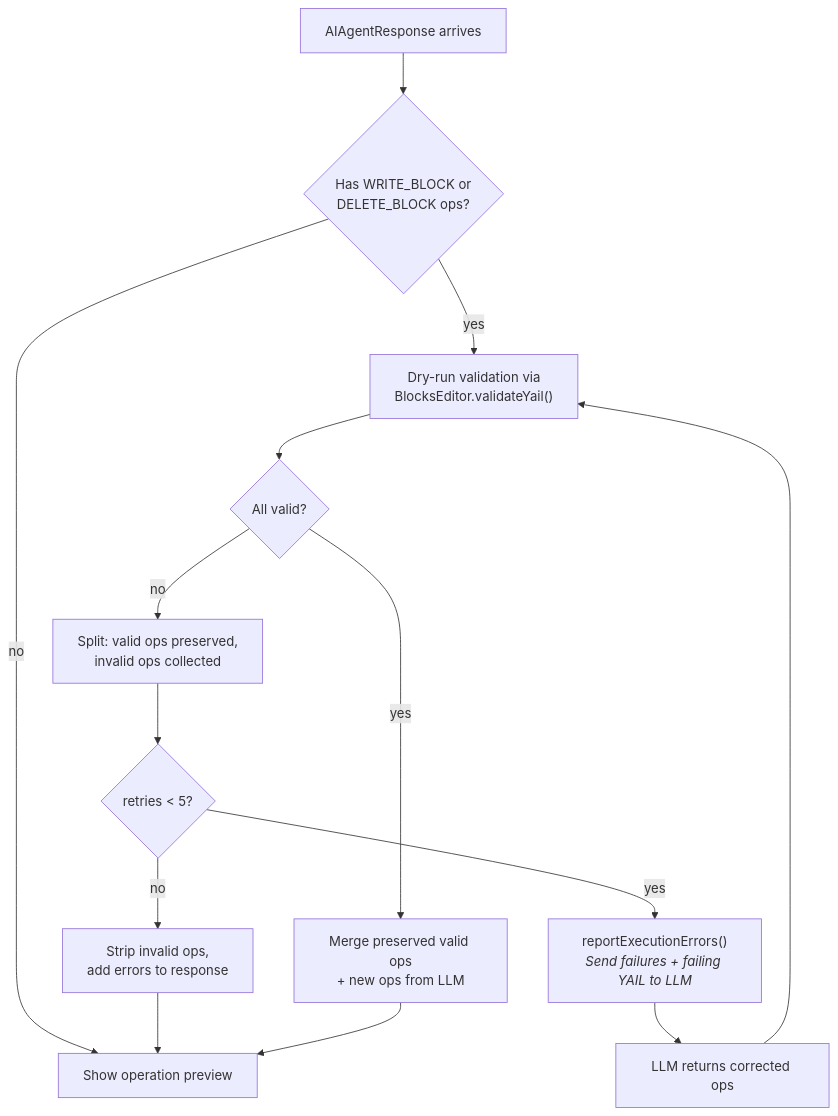
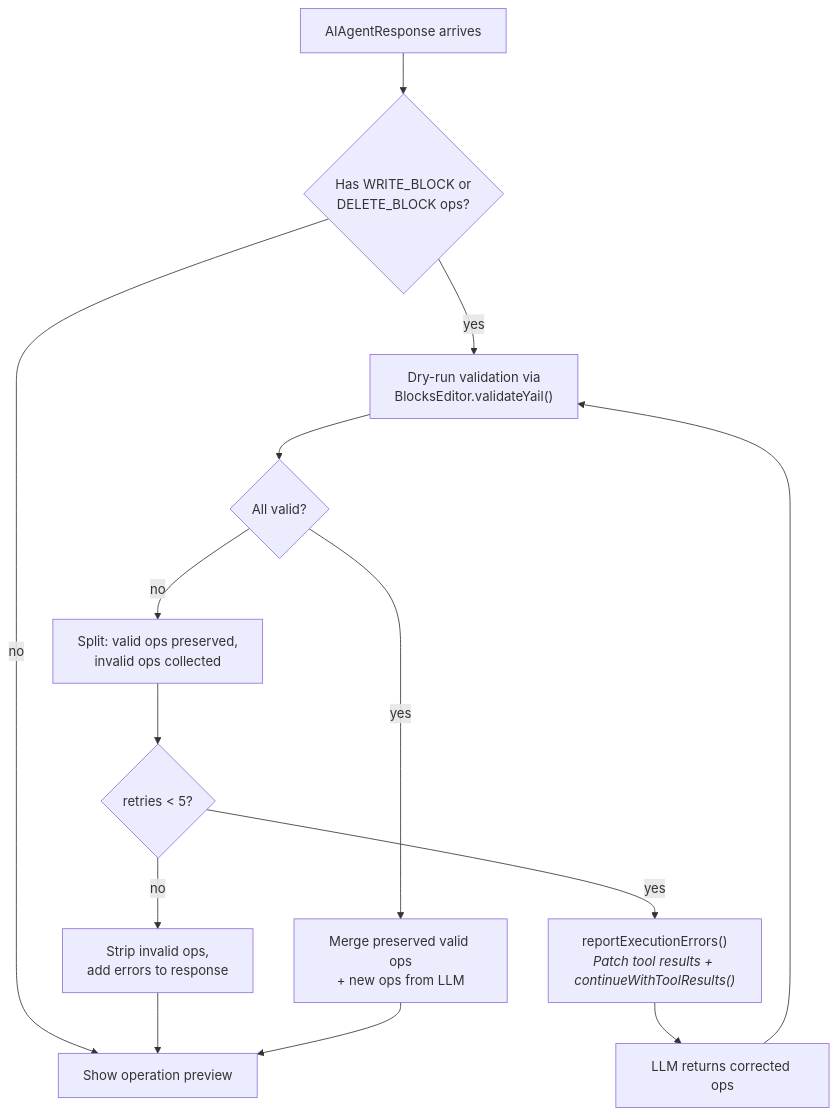
The sixth of 13 diagrams in CONTRIBUTING_AI.md (mit-cml/appinventor-sources), drawn with Mermaid before and after one commit. The commit also changed other lines of this file and 13 other files, not shown here.

````diff
--- a/CONTRIBUTING_AI.md
+++ b/CONTRIBUTING_AI.md
@@ -409,25 +409,25 @@
 ```mermaid
 flowchart TD
     Resp["AIAgentResponse arrives"]
     HasBlocks{"Has WRITE_BLOCK or<br/>DELETE_BLOCK ops?"}
     Validate["Dry-run validation via<br/>BlocksEditor.validateYail()"]
     AllValid{"All valid?"}
     Show["Show operation preview"]
     Split["Split: valid ops preserved,<br/>invalid ops collected"]
     Retry{"retries < 5?"}
-    Report["reportExecutionErrors()<br/><i>Send failures + failing YAIL to LLM</i>"]
+    Report["reportExecutionErrors()<br/><i>Patch tool results + continueWithToolResults()</i>"]
     NewResp["LLM returns corrected ops"]
     Merge["Merge preserved valid ops<br/>+ new ops from LLM"]
     Strip["Strip invalid ops,<br/>add errors to response"]
 
     Resp --> HasBlocks
     HasBlocks -->|no| Show
     HasBlocks -->|yes| Validate
     Validate --> AllValid
     AllValid -->|yes| Merge
     AllValid -->|no| Split
     Split --> Retry
     Retry -->|yes| Report --> NewResp --> Validate
     Retry -->|no| Strip --> Show
     Merge --> Show
 ```
````
